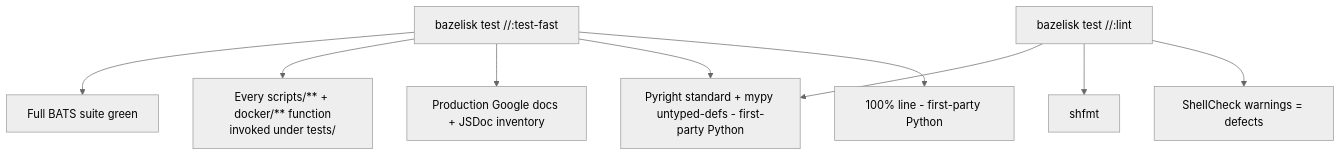
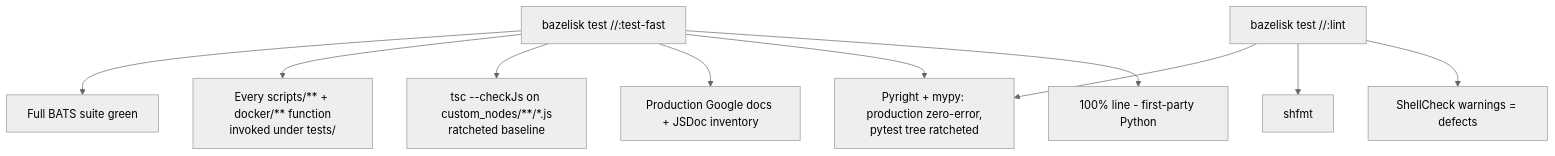
One commit to toxicoder/ez-comfy-stack changed the fifth of 6 diagrams in docs/project-conventions.md. Above: the diagram before and after it, drawn with Mermaid (neutral theme). The commit also changed other lines of this file and 4 other files, not shown here.

````diff
--- a/docs/project-conventions.md
+++ b/docs/project-conventions.md
@@ -323,11 +326,12 @@
 ```mermaid
 flowchart TB
   Cov["bazelisk test //:test-fast"] --> Py["100% line - first-party Python"]
-  Cov --> Pyright["Pyright standard + mypy untyped-defs - first-party Python"]
+  Cov --> Pyright["Pyright + mypy: production zero-error,<br/>pytest tree ratcheted"]
   Cov --> DocsInv["Production Google docs + JSDoc inventory"]
+  Cov --> JsTypes["tsc --checkJs on custom_nodes/**/*.js<br/>ratcheted baseline"]
   Cov --> Shell["Every scripts/** + docker/** function<br/>invoked under tests/"]
   Cov --> Bats["Full BATS suite green"]
   Lint["bazelisk test //:lint"] --> SC["ShellCheck warnings = defects"]
   Lint --> Fmt["shfmt"]
   Lint --> Pyright
 ```
````
